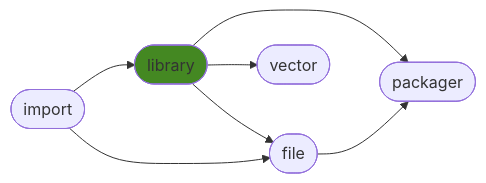
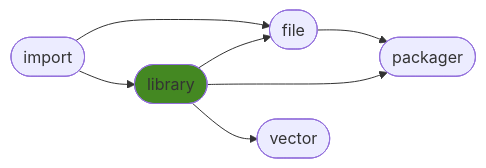
One commit to ManderaGeneral/generallibrary changed the diagram in README.md. Above: the diagram before and after it, drawn with Mermaid. The commit also changed other lines of this file, not shown here.

````diff
--- a/README.md
+++ b/README.md
@@ -24,15 +24,15 @@
 ```mermaid
 flowchart LR
+0([import]) --> 2([file])
+1([library]) --> 2([file])
+1([library]) --> 4([packager])
+0([import]) --> 1([library])
+2([file]) --> 4([packager])
 1([library]) --> 3([vector])
-0([import]) --> 1([library])
-1([library]) --> 2([file])
-0([import]) --> 2([file])
-1([library]) --> 4([packager])
-2([file]) --> 4([packager])
 click 0 "https://github.com/ManderaGeneral/generalimport"
 click 1 "https://github.com/ManderaGeneral/generallibrary"
 click 2 "https://github.com/ManderaGeneral/generalfile"
 click 3 "https://github.com/ManderaGeneral/generalvector"
 click 4 "https://github.com/ManderaGeneral/generalpackager"
 style 1 fill:#482
 ```
````
